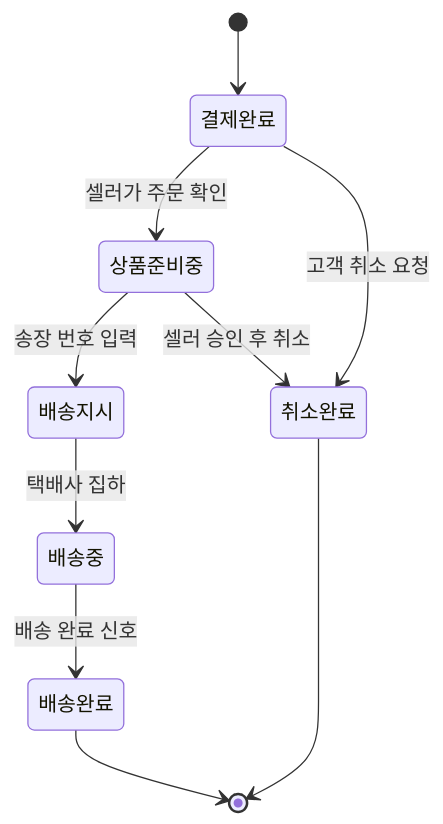
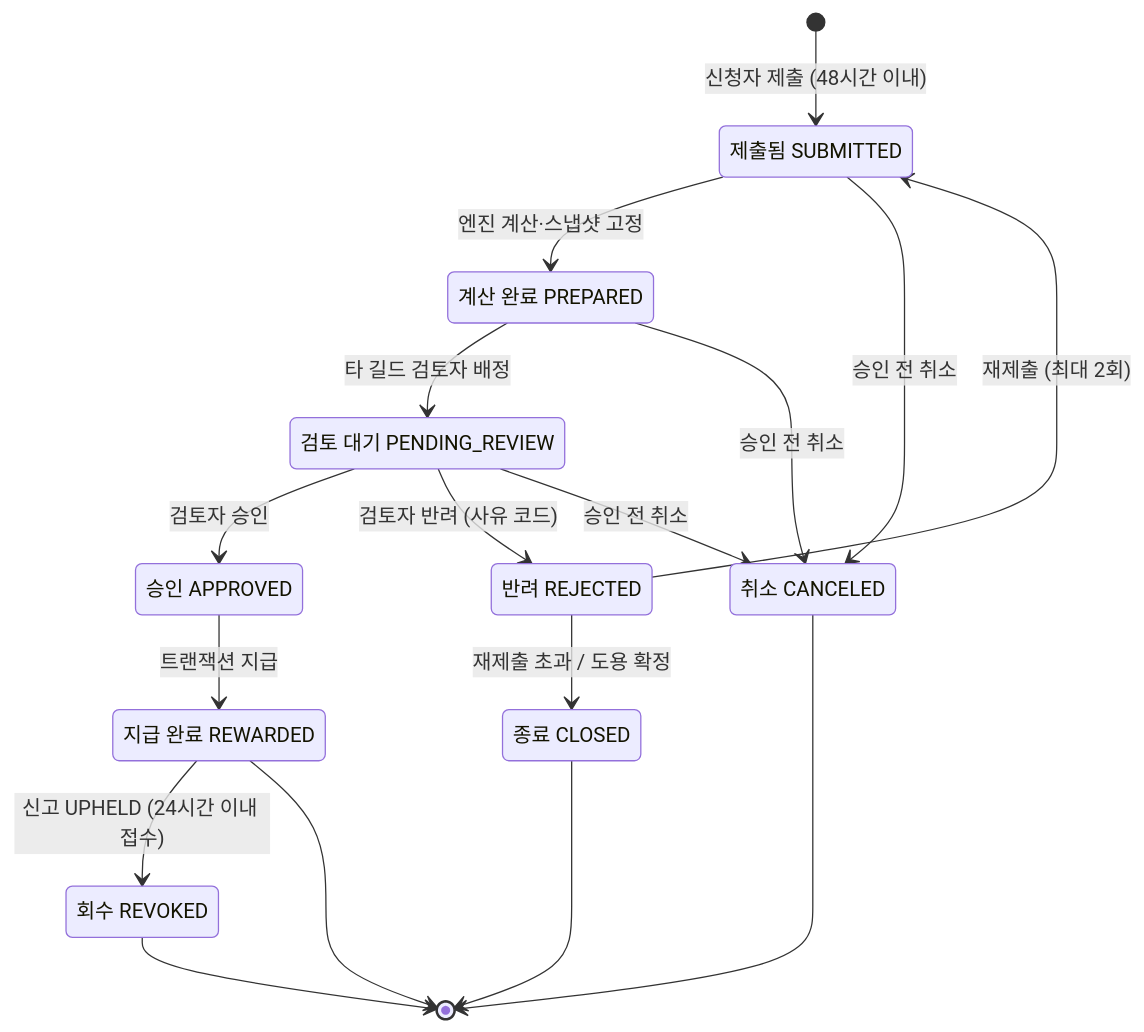
Before and after one commit to AIServiceT2/HealthService_d: the diagram in docs/domain/03-rules-states-llm.md, drawn with Mermaid. The commit also changed other lines of this file, not shown here.

````diff
--- a/docs/domain/03-rules-states-llm.md
+++ b/docs/domain/03-rules-states-llm.md
@@ -46,19 +61,29 @@
 ```mermaid
 stateDiagram-v2
-    state "결제완료" as paid
-    state "상품준비중" as preparing
-    state "배송지시" as ordered
-    state "배송중" as shipping
-    state "배송완료" as delivered
-    state "취소완료" as canceled
+    state "제출됨 SUBMITTED" as submitted
+    state "계산 완료 PREPARED" as prepared
+    state "검토 대기 PENDING_REVIEW" as pending
+    state "승인 APPROVED" as approved
+    state "지급 완료 REWARDED" as rewarded
+    state "반려 REJECTED" as rejected
+    state "종료 CLOSED" as closed
+    state "취소 CANCELED" as canceled
+    state "회수 REVOKED" as revoked
 
-    [*] --> paid
-    paid --> preparing : 셀러가 주문 확인
-    preparing --> ordered : 송장 번호 입력
-    ordered --> shipping : 택배사 집하
-    shipping --> delivered : 배송 완료 신호
-    paid --> canceled : 고객 취소 요청
-    preparing --> canceled : 셀러 승인 후 취소
-    delivered --> [*]
+    [*] --> submitted : 신청자 제출 (48시간 이내)
+    submitted --> prepared : 엔진 계산·스냅샷 고정
+    prepared --> pending : 타 길드 검토자 배정
+    pending --> approved : 검토자 승인
+    approved --> rewarded : 트랜잭션 지급
+    pending --> rejected : 검토자 반려 (사유 코드)
+    rejected --> submitted : 재제출 (최대 2회)
+    rejected --> closed : 재제출 초과 / 도용 확정
+    submitted --> canceled : 승인 전 취소
+    prepared --> canceled : 승인 전 취소
+    pending --> canceled : 승인 전 취소
+    rewarded --> revoked : 신고 UPHELD (24시간 이내 접수)
+    rewarded --> [*]
+    closed --> [*]
     canceled --> [*]
+    revoked --> [*]
 ```
````
